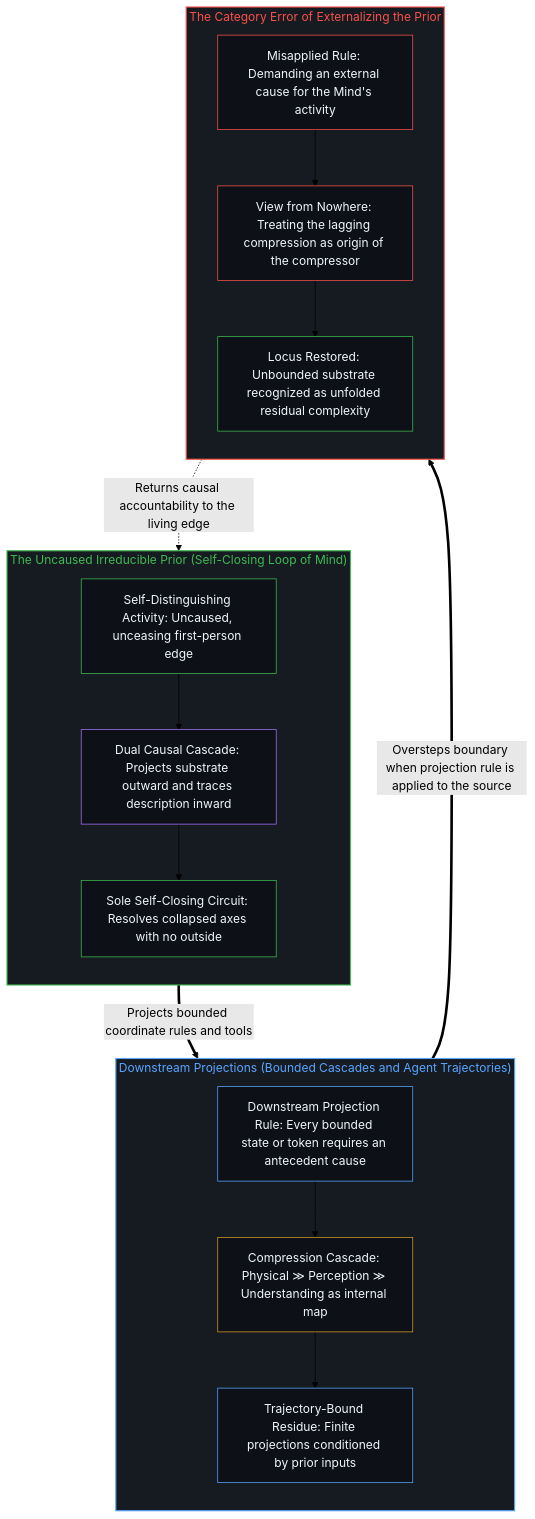
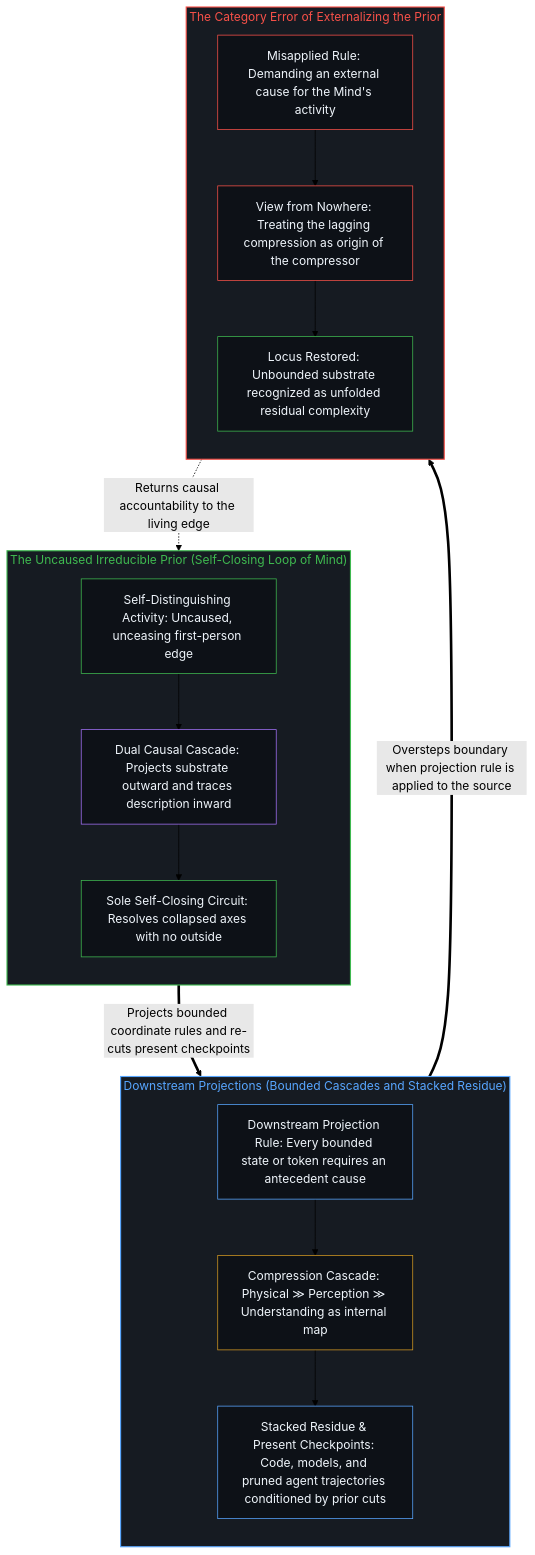
One commit to powerpig99/not-a-toe changed the second of 2 diagrams in content/posts/causality-and-the-irreducible-prior.md. Above: the diagram before and after it, drawn with Mermaid (forest theme). The commit also changed other lines of this file and 12 other files, not shown here.

````diff
--- a/content/posts/causality-and-the-irreducible-prior.md
+++ b/content/posts/causality-and-the-irreducible-prior.md
@@ -81,43 +81,43 @@
 ```mermaid
 flowchart TD
     subgraph S_Prior["The Uncaused Irreducible Prior (Self-Closing Loop of Mind)"]
         direction TB
         P_Act["Self-Distinguishing Activity: Uncaused, unceasing first-person edge"]
         P_Fold["Dual Causal Cascade: Projects substrate outward and traces description inward"]
         P_Close["Sole Self-Closing Circuit: Resolves collapsed axes with no outside"]
         P_Act --> P_Fold --> P_Close
     end
 
-    subgraph S_Proj["Downstream Projections (Bounded Cascades and Agent Trajectories)"]
+    subgraph S_Proj["Downstream Projections (Bounded Cascades and Stacked Residue)"]
         direction TB
         D_Rule["Downstream Projection Rule: Every bounded state or token requires an antecedent cause"]
         D_Hierarchy["Compression Cascade: Physical ≫ Perception ≫ Understanding as internal map"]
-        D_Agent["Trajectory-Bound Residue: Finite projections conditioned by prior inputs"]
+        D_Agent["Stacked Residue & Present Checkpoints: Code, models, and pruned agent trajectories conditioned by prior cuts"]
         D_Rule --> D_Hierarchy --> D_Agent
     end
 
     subgraph S_Inversion["The Category Error of Externalizing the Prior"]
         direction TB
         E_Demand["Misapplied Rule: Demanding an external cause for the Mind's activity"]
         E_Nowhere["View from Nowhere: Treating the lagging compression as origin of the compressor"]
         E_Dissolve["Locus Restored: Unbounded substrate recognized as unfolded residual complexity"]
         E_Demand --> E_Nowhere --> E_Dissolve
     end
 
-    P_Close ==>|"Projects bounded coordinate rules and tools"| D_Rule
+    P_Close ==>|"Projects bounded coordinate rules and re-cuts present checkpoints"| D_Rule
     D_Agent ==>|"Oversteps boundary when projection rule is applied to the source"| E_Demand
     E_Dissolve -.->|"Returns causal accountability to the living edge"| P_Act
 
     style S_Prior fill:#161b22,stroke:#3fb950,stroke-width:1.5px,color:#3fb950
     style S_Proj fill:#161b22,stroke:#58a6ff,stroke-width:1.5px,color:#58a6ff
     style S_Inversion fill:#161b22,stroke:#f85149,stroke-width:1.5px,color:#f85149
     style P_Act fill:#0d1117,stroke:#3fb950,stroke-width:1px,color:#f0f6fc
     style P_Fold fill:#0d1117,stroke:#a371f7,stroke-width:1px,color:#f0f6fc
     style P_Close fill:#0d1117,stroke:#3fb950,stroke-width:1px,color:#f0f6fc
     style D_Rule fill:#0d1117,stroke:#58a6ff,stroke-width:1px,color:#f0f6fc
     style D_Hierarchy fill:#0d1117,stroke:#d29922,stroke-width:1px,color:#f0f6fc
     style D_Agent fill:#0d1117,stroke:#58a6ff,stroke-width:1px,color:#f0f6fc
     style E_Demand fill:#0d1117,stroke:#f85149,stroke-width:1px,color:#f0f6fc
     style E_Nowhere fill:#0d1117,stroke:#f85149,stroke-width:1px,color:#f0f6fc
     style E_Dissolve fill:#0d1117,stroke:#3fb950,stroke-width:1px,color:#f0f6fc
 ```
````
